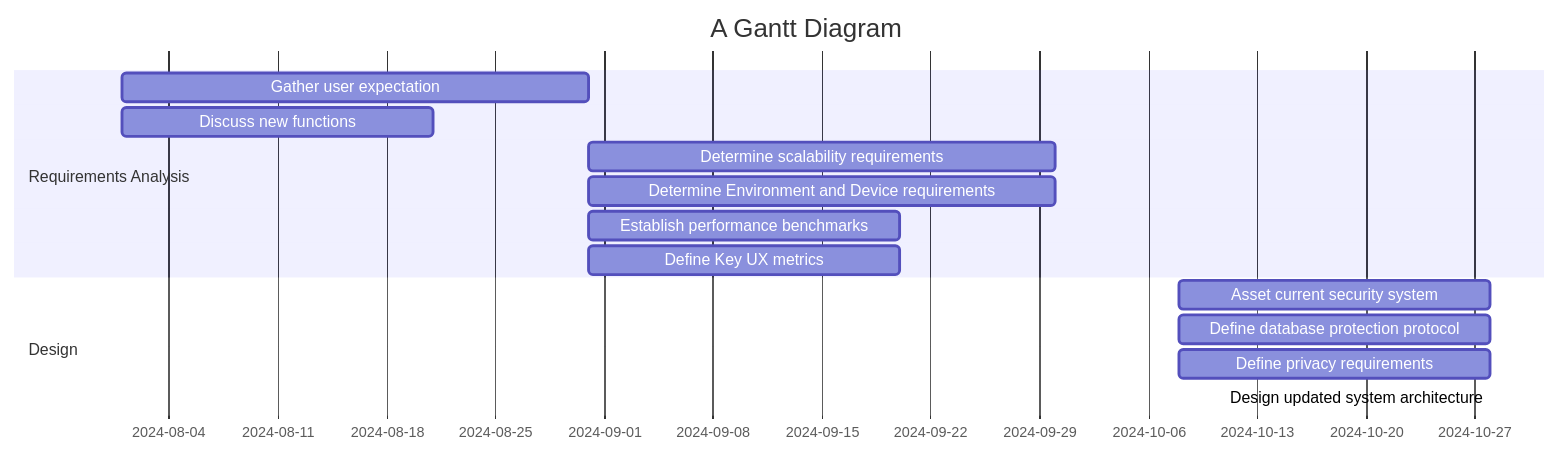
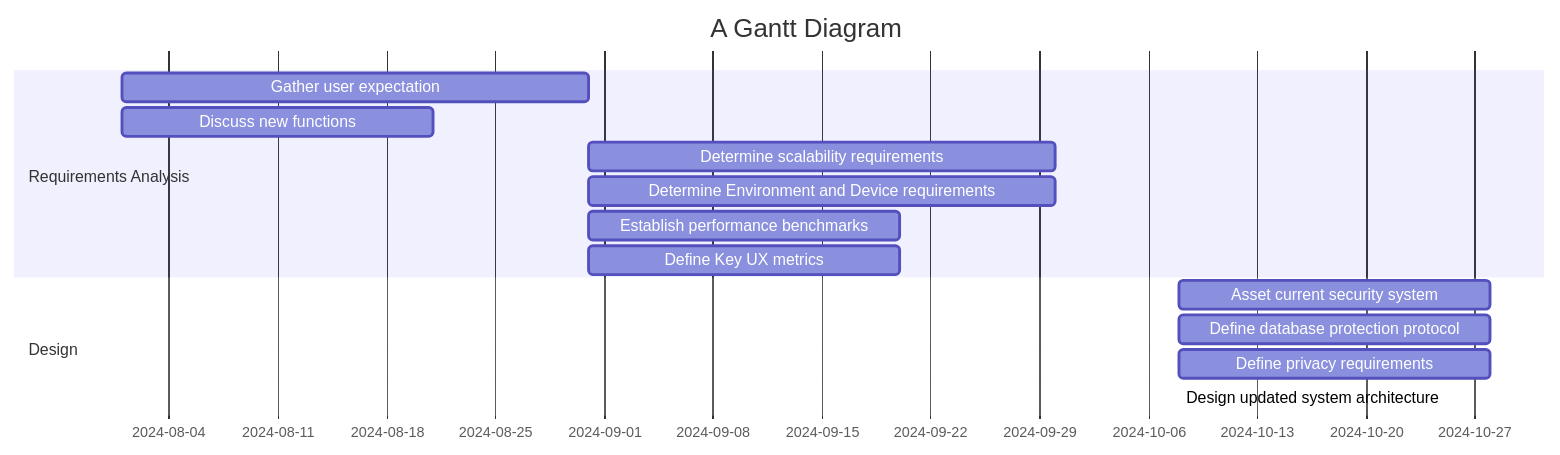
One commit to sayshelley/iodraw-files changed the diagram in all/Untitled-2.md. Above: the diagram before and after it, drawn with Mermaid.

Commit message:
2024-10-05 00:21:47 update

````diff
--- a/all/Untitled-2.md
+++ b/all/Untitled-2.md
@@ -1,27 +1,27 @@
 ```mermaid
 gantt
     title A Gantt Diagram
     dateFormat  YYYY-MM-DD
     section Requirements Analysis
         Gather user expectation: a4, 2024-08-01, 30d
         Discuss new functions: a6, 2024-08-01, 20d
         Determine scalability requirements: a1, after a4, 30d
         Determine Environment and Device requirements: a2, after a4, 30d
         Establish performance benchmarks: a3, after a4, 20d
         Define Key UX metrics: a5, after a4, 20d
         
     section Design
         Asset current security system: b1, 2024-10-08, 20d
         Define database protection protocol: b2, 2024-10-08, 20d
         Define privacy requirements: b3, 2024-10-08, 20d
-        Design updated system architecture: b
+        Design updated system architecture: b4, 2024-10-08, 20
 
 
     section Develop
 
 
     
 
 
    
 ```
````
